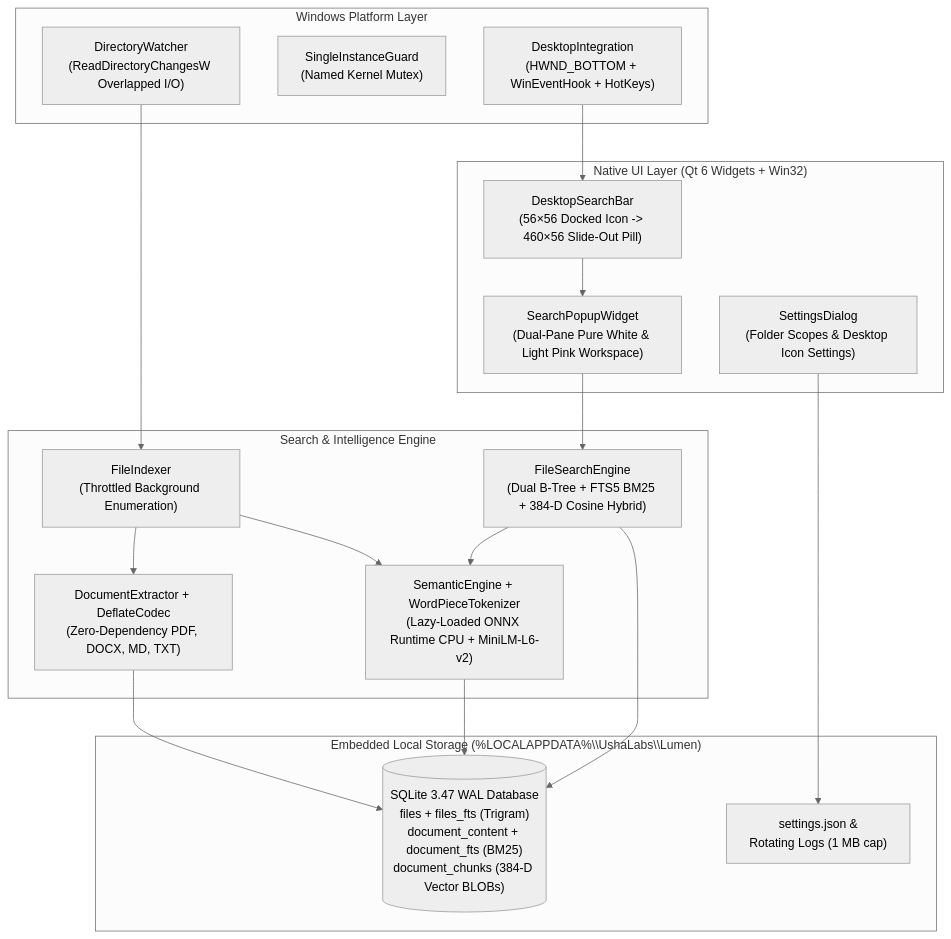
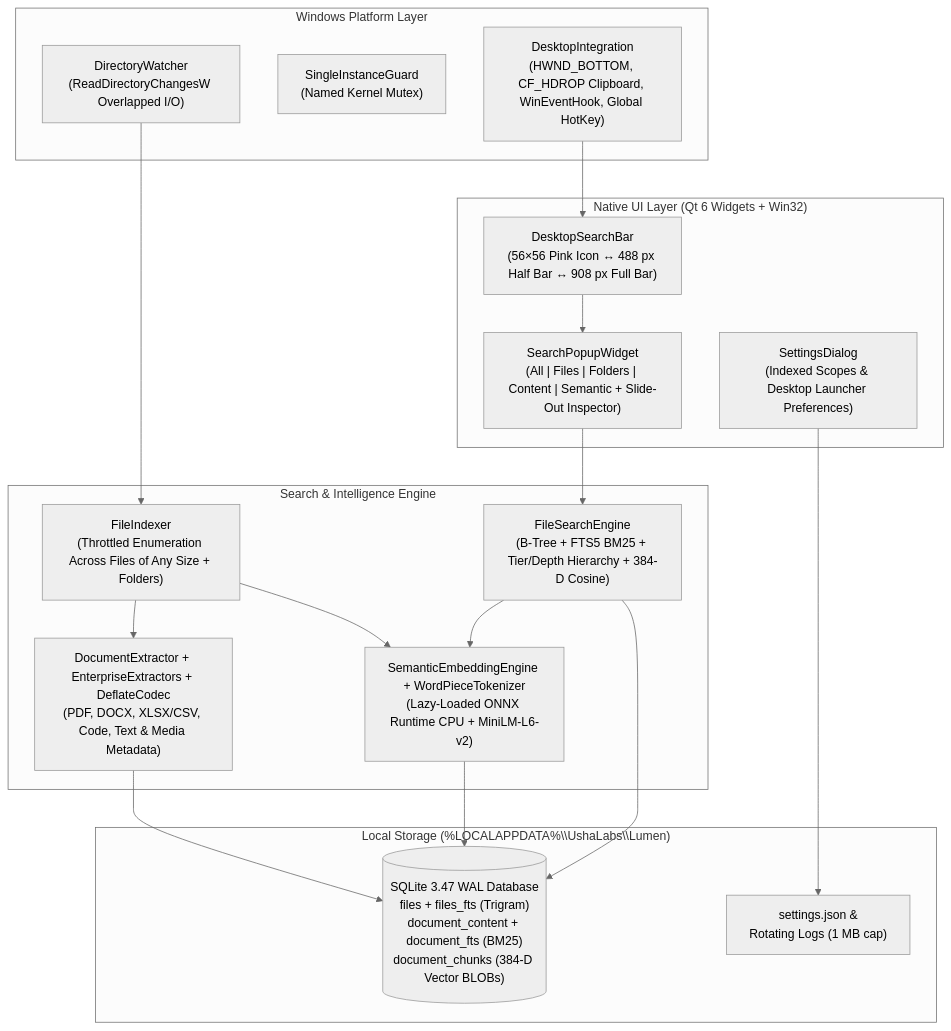
The diagram in README.md (ushalabs/Lumen), drawn with Mermaid (neutral theme) before and after one commit. The commit also changed other lines of this file and 26 other files, not shown here.

Commit message:
feat(ui,docs): bidirectional slide-back, half-width search, clipboard item copy, thicker scrollbars, new README & screenshots + Setup v0.5.0

````diff
--- a/README.md
+++ b/README.md
@@ -135,38 +136,38 @@
 ```mermaid
 flowchart TD
     subgraph UI["Native UI Layer (Qt 6 Widgets + Win32)"]
-        Bar["DesktopSearchBar\n(56×56 Docked Icon -> 460×56 Slide-Out Pill)"]
-        Popup["SearchPopupWidget\n(Dual-Pane Pure White & Light Pink Workspace)"]
-        Settings["SettingsDialog\n(Folder Scopes & Desktop Icon Settings)"]
+        Bar["DesktopSearchBar\n(56×56 Pink Icon ↔ 488 px Half Bar ↔ 908 px Full Bar)"]
+        Popup["SearchPopupWidget\n(All | Files | Folders | Content | Semantic + Slide-Out Inspector)"]
+        Settings["SettingsDialog\n(Indexed Scopes & Desktop Launcher Preferences)"]
     end
 
     subgraph Platform["Windows Platform Layer"]
-        WinInt["DesktopIntegration\n(HWND_BOTTOM + WinEventHook + HotKeys)"]
+        WinInt["DesktopIntegration\n(HWND_BOTTOM, CF_HDROP Clipboard, WinEventHook, Global HotKey)"]
         Mutex["SingleInstanceGuard\n(Named Kernel Mutex)"]
         Watcher["DirectoryWatcher\n(ReadDirectoryChangesW Overlapped I/O)"]
     end
 
     subgraph Engine["Search & Intelligence Engine"]
-        Indexer["FileIndexer\n(Throttled Background Enumeration)"]
-        Extractor["DocumentExtractor + DeflateCodec\n(Zero-Dependency PDF, DOCX, MD, TXT)"]
-        Semantic["SemanticEngine + WordPieceTokenizer\n(Lazy-Loaded ONNX Runtime CPU + MiniLM-L6-v2)"]
-        Searcher["FileSearchEngine\n(Dual B-Tree + FTS5 BM25 + 384-D Cosine Hybrid)"]
+        Indexer["FileIndexer\n(Throttled Enumeration Across Files of Any Size + Folders)"]
+        Extractor["DocumentExtractor + EnterpriseExtractors + DeflateCodec\n(PDF, DOCX, XLSX/CSV, Code, Text & Media Metadata)"]
+        Semantic["SemanticEmbeddingEngine + WordPieceTokenizer\n(Lazy-Loaded ONNX Runtime CPU + MiniLM-L6-v2)"]
+        Searcher["FileSearchEngine\n(B-Tree + FTS5 BM25 + Tier/Depth Hierarchy + 384-D Cosine)"]
     end
 
-    subgraph Storage["Embedded Local Storage (%LOCALAPPDATA%\\UshaLabs\\Lumen)"]
+    subgraph Storage["Local Storage (%LOCALAPPDATA%\\UshaLabs\\Lumen)"]
         DB[("SQLite 3.47 WAL Database\nfiles + files_fts (Trigram)\ndocument_content + document_fts (BM25)\ndocument_chunks (384-D Vector BLOBs)")]
         Config["settings.json &\nRotating Logs (1 MB cap)"]
     end
 
     WinInt --> Bar
     Bar --> Popup
     Settings --> Config
     Watcher --> Indexer
     Indexer --> Extractor
     Indexer --> Semantic
     Extractor --> DB
     Semantic --> DB
     Popup --> Searcher
     Searcher --> DB
     Searcher --> Semantic
 ```
````
